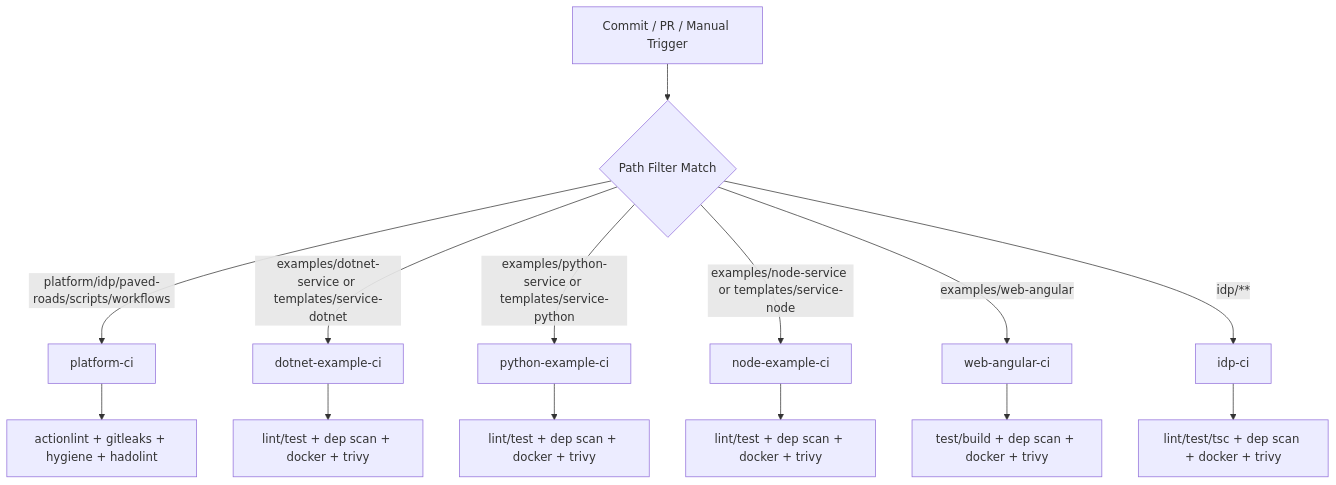
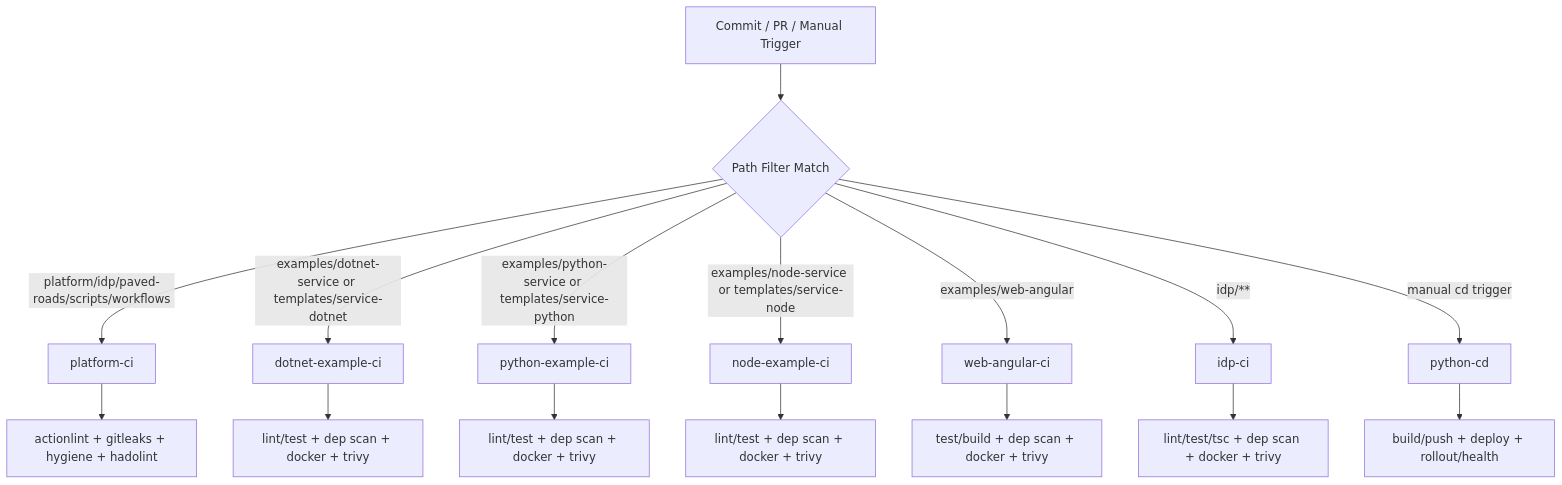
Before and after one commit to srstanl/portfolio: the diagram in docs/ci-workflow-map.md, drawn with Mermaid. The commit also changed other lines of this file and 14 other files, not shown here.

````diff
--- a/docs/ci-workflow-map.md
+++ b/docs/ci-workflow-map.md
@@ -71,17 +78,19 @@
 ```mermaid
 flowchart TD
   A[Commit / PR / Manual Trigger] --> B{Path Filter Match}
   B -->|platform/idp/paved-roads/scripts/workflows| P[platform-ci]
   B -->|examples/dotnet-service or templates/service-dotnet| D[dotnet-example-ci]
   B -->|examples/python-service or templates/service-python| PY[python-example-ci]
   B -->|examples/node-service or templates/service-node| N[node-example-ci]
   B -->|examples/web-angular| W[web-angular-ci]
   B -->|idp/**| I[idp-ci]
+  B -->|manual cd trigger| CD[python-cd]
 
   P --> P1[actionlint + gitleaks + hygiene + hadolint]
   D --> D1[lint/test + dep scan + docker + trivy]
   PY --> PY1[lint/test + dep scan + docker + trivy]
   N --> N1[lint/test + dep scan + docker + trivy]
   W --> W1[test/build + dep scan + docker + trivy]
   I --> I1[lint/test/tsc + dep scan + docker + trivy]
+  CD --> CD1[build/push + deploy + rollout/health]
 ```
````
